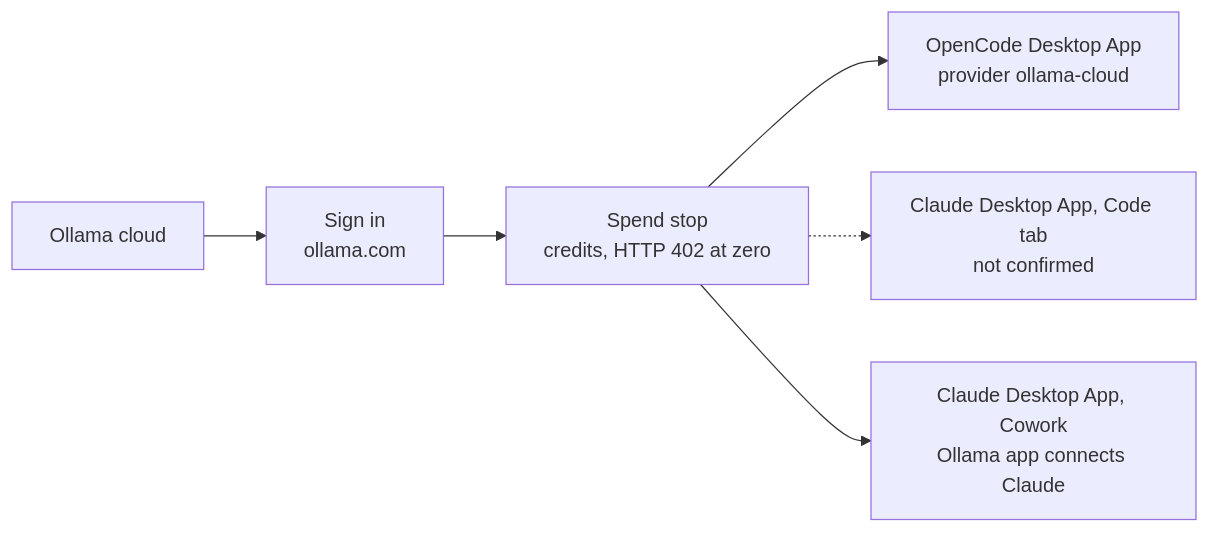
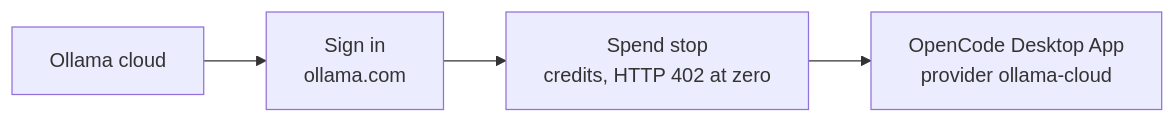
One commit to SoulCraft-Org/compute-crafter changed the diagram in guides/ollama.md. Above: the diagram before and after it, drawn with Mermaid. The commit also changed other lines of this file and 63 other files, not shown here.

````diff
--- a/guides/ollama.md
+++ b/guides/ollama.md
@@ -5,7 +5,5 @@
 ```mermaid
 flowchart LR
   P[Ollama cloud] --> S[Sign in<br/>ollama.com] --> G[Spend stop<br/>credits, HTTP 402 at zero]
   G --> O[OpenCode Desktop App<br/>provider ollama-cloud]
-  G -.-> C[Claude Desktop App, Code tab<br/>not confirmed]
-  G --> W[Claude Desktop App, Cowork<br/>Ollama app connects Claude]
 ```
````
